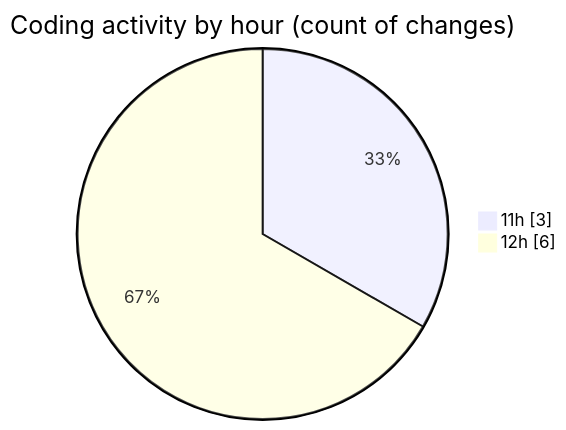
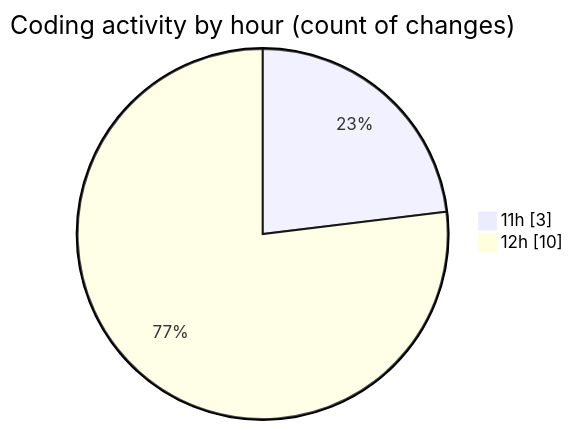
Before and after one commit to BS-eng2023/code-tracking: the second of 2 diagrams in 2025-03-21/javascript/README.md, drawn with Mermaid. The commit also changed other lines of this file and 1 other file, not shown here.

````diff
--- a/2025-03-21/javascript/README.md
+++ b/2025-03-21/javascript/README.md
@@ -31,6 +33,6 @@
 ```mermaid
 pie showData
 title Coding activity by hour (count of changes)
 "11h" : 3
-"12h" : 6
+"12h" : 10
 ```
````
